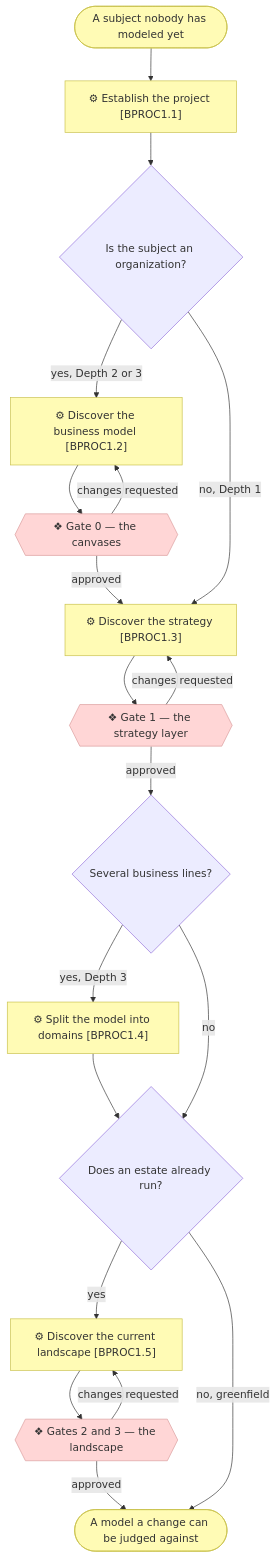
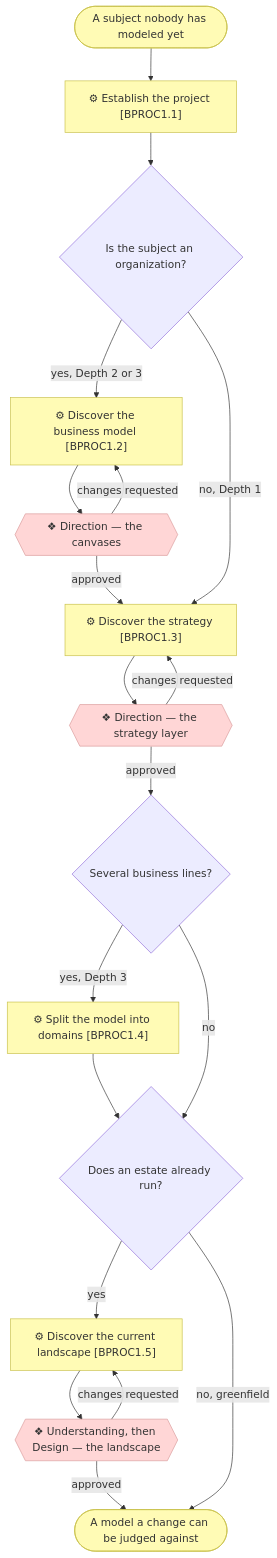
Before and after one commit to roanboc/archreator: the first of 5 diagrams in docs/process/1_level-1-macro-processes.md, drawn with Mermaid. The commit also changed other lines of this file and 32 other files, not shown here.

````diff
--- a/docs/process/1_level-1-macro-processes.md
+++ b/docs/process/1_level-1-macro-processes.md
@@ -17,36 +17,36 @@
 ```mermaid
 flowchart TD
   req(["A subject nobody has modeled yet"])
   p11["⚙ Establish the project [BPROC1.1]"]
   org{"Is the subject an organization?"}
   p12["⚙ Discover the business model [BPROC1.2]"]
-  g0{{"❖ Gate 0 — the canvases"}}
+  g0{{"❖ Direction — the canvases"}}
   p13["⚙ Discover the strategy [BPROC1.3]"]
-  g1{{"❖ Gate 1 — the strategy layer"}}
+  g1{{"❖ Direction — the strategy layer"}}
   deep{"Several business lines?"}
   p14["⚙ Split the model into domains [BPROC1.4]"]
   est{"Does an estate already run?"}
   p15["⚙ Discover the current landscape [BPROC1.5]"]
-  g23{{"❖ Gates 2 and 3 — the landscape"}}
+  g23{{"❖ Understanding, then Design — the landscape"}}
   done(["A model a change can be judged against"])
 
   req --> p11 --> org
   org -->|yes, Depth 2 or 3| p12 --> g0
   g0 -->|changes requested| p12
   g0 -->|approved| p13
   org -->|no, Depth 1| p13
   p13 --> g1
   g1 -->|changes requested| p13
   g1 -->|approved| deep
   deep -->|yes, Depth 3| p14 --> est
   deep -->|no| est
   est -->|yes| p15 --> g23
   g23 -->|changes requested| p15
   g23 -->|approved| done
   est -->|no, greenfield| done
 
   classDef business fill:#fffbb5,stroke:#c8c04a,color:#333
   classDef implementation fill:#ffd6d6,stroke:#d99b9b,color:#333
   class p11,p12,p13,p14,p15,req,done business
   class g0,g1,g23 implementation
 ```
````
